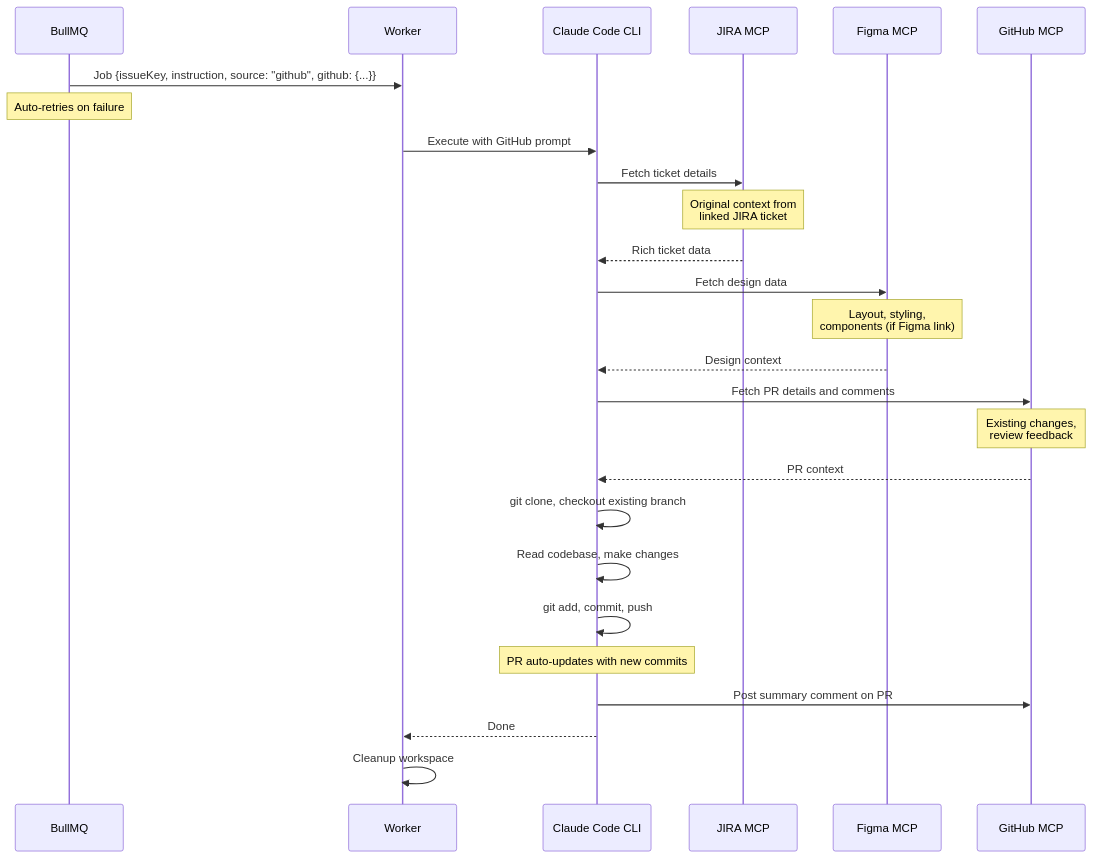
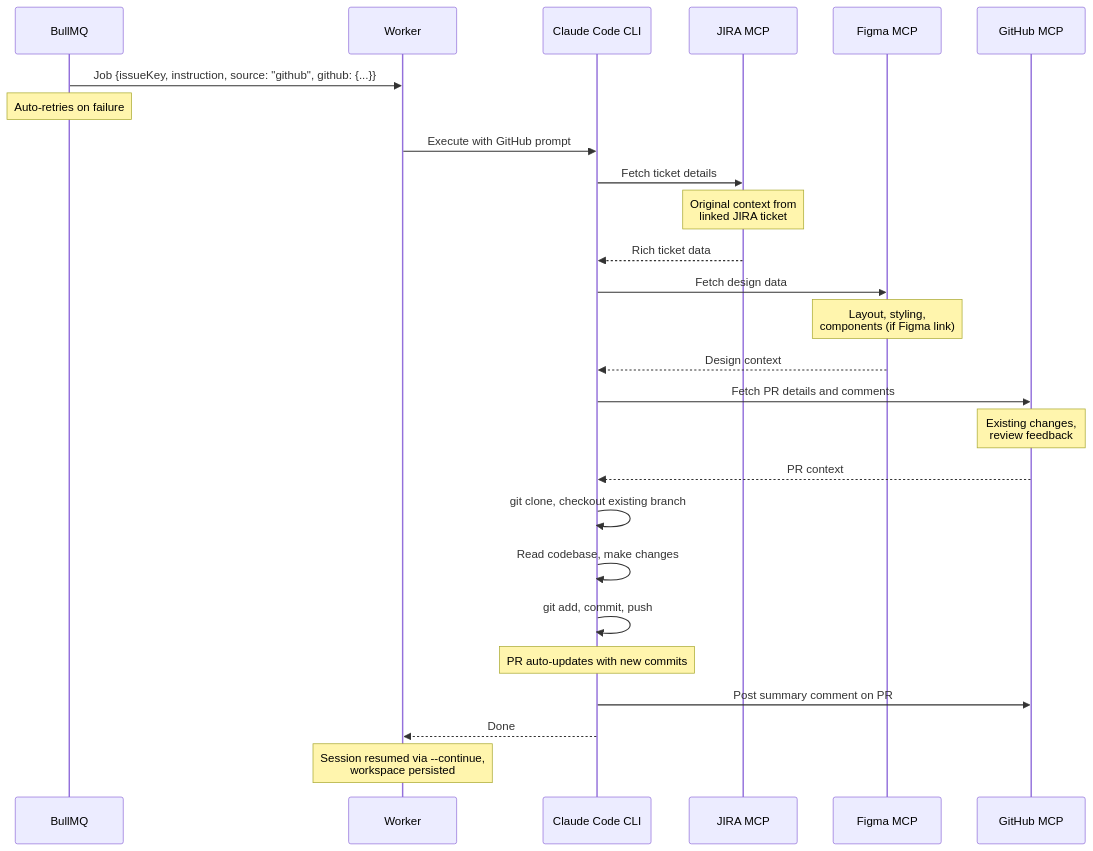
Before and after one commit to mappedin-dev/mapthew: the fifth of 8 diagrams in docs/architecture.md, drawn with Mermaid. The commit also changed other lines of this file and 5 other files, not shown here.

````diff
--- a/docs/architecture.md
+++ b/docs/architecture.md
@@ -165,37 +165,37 @@
 ```mermaid
 sequenceDiagram
     participant BullMQ as BullMQ
     participant W as Worker
     participant Claude as Claude Code CLI
     participant JIRA_MCP as JIRA MCP
     participant Figma_MCP as Figma MCP
     participant GH_MCP as GitHub MCP
 
     BullMQ->>W: Job {issueKey, instruction, source: "github", github: {...}}
     Note over BullMQ: Auto-retries on failure
 
     W->>Claude: Execute with GitHub prompt
 
     Claude->>JIRA_MCP: Fetch ticket details
     Note over JIRA_MCP: Original context from<br/>linked JIRA ticket
     JIRA_MCP-->>Claude: Rich ticket data
 
     Claude->>Figma_MCP: Fetch design data
     Note over Figma_MCP: Layout, styling,<br/>components (if Figma link)
     Figma_MCP-->>Claude: Design context
 
     Claude->>GH_MCP: Fetch PR details and comments
     Note over GH_MCP: Existing changes,<br/>review feedback
     GH_MCP-->>Claude: PR context
 
     Claude->>Claude: git clone, checkout existing branch
     Claude->>Claude: Read codebase, make changes
     Claude->>Claude: git add, commit, push
 
     Note over Claude: PR auto-updates with new commits
 
     Claude->>GH_MCP: Post summary comment on PR
 
     Claude-->>W: Done
-    W->>W: Cleanup workspace
+    Note over W: Session resumed via --continue,<br/>workspace persisted
 ```
````
